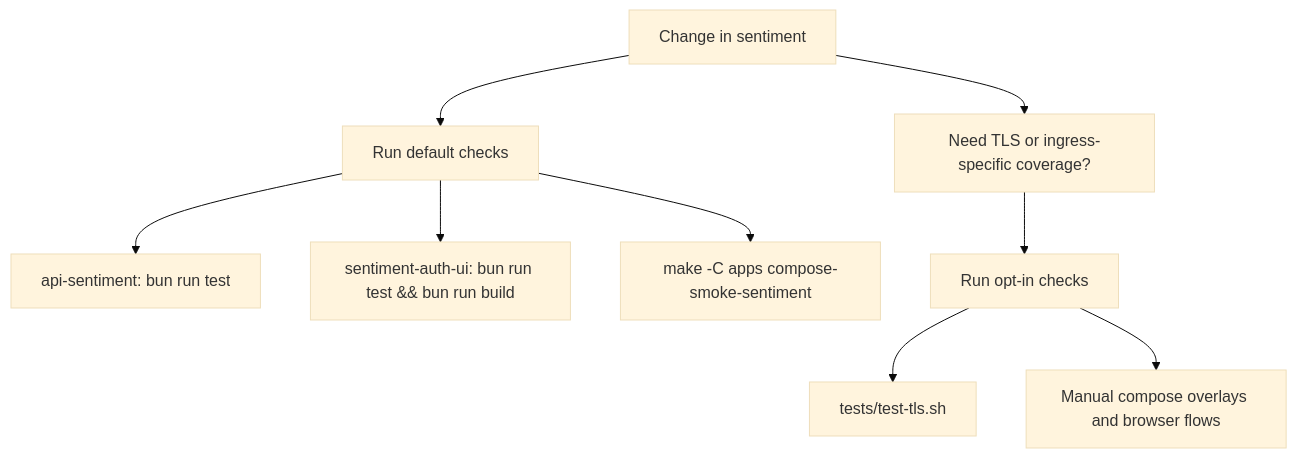
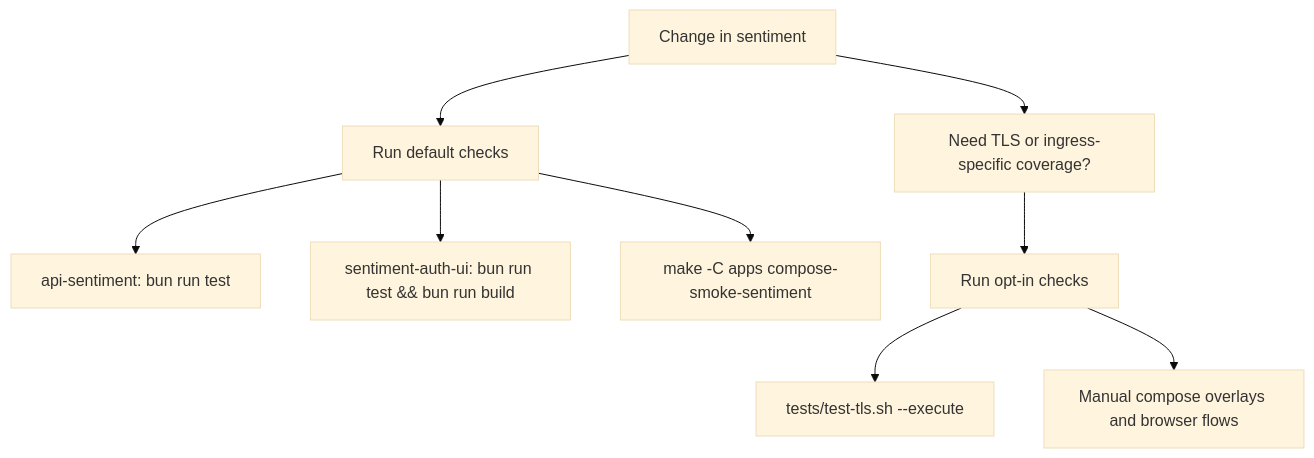
One commit to nickromney/platform changed the diagram in apps/sentiment/docs/TEST-RUNBOOK.md. Above: the diagram before and after it, drawn with Mermaid (base theme). The commit also changed other lines of this file and 187 other files, not shown here.

````diff
--- a/apps/sentiment/docs/TEST-RUNBOOK.md
+++ b/apps/sentiment/docs/TEST-RUNBOOK.md
@@ -5,11 +5,11 @@
 ```mermaid
 flowchart TD
   A["Change in sentiment"] --> B["Run default checks"]
   B --> C["api-sentiment: bun run test"]
   B --> D["sentiment-auth-ui: bun run test && bun run build"]
   B --> E["make -C apps compose-smoke-sentiment"]
   A --> F["Need TLS or ingress-specific coverage?"]
   F --> G["Run opt-in checks"]
-  G --> H["tests/test-tls.sh"]
+  G --> H["tests/test-tls.sh --execute"]
   G --> I["Manual compose overlays and browser flows"]
 ```
````
